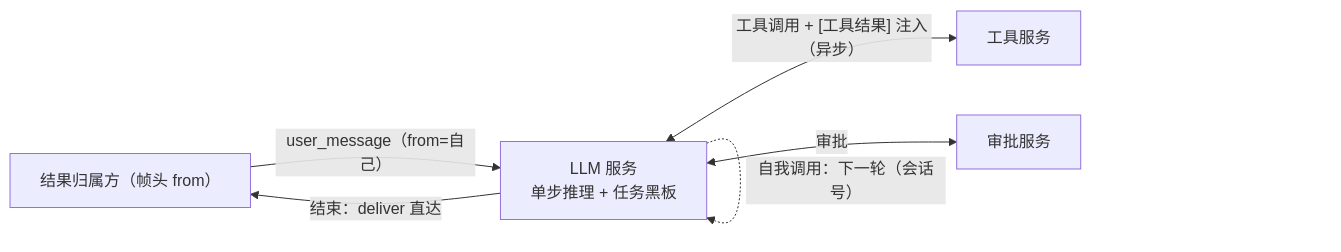
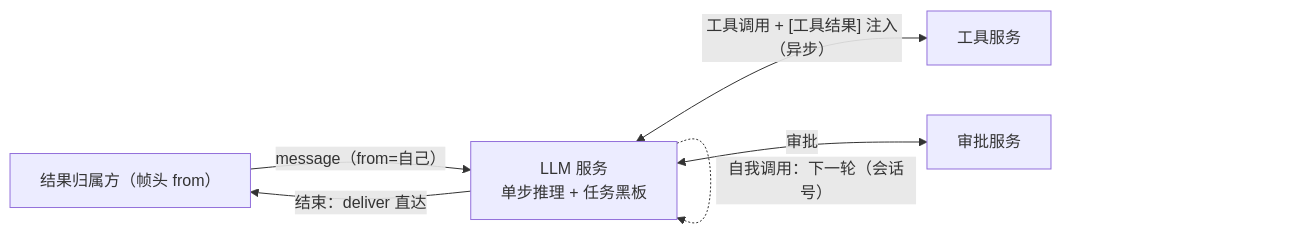
One commit to NouSart/sump changed the first of 2 diagrams in docs/concepts/architecture.md. Above: the diagram before and after it, drawn with Mermaid. The commit also changed other lines of this file and 7 other files, not shown here.

````diff
--- a/docs/concepts/architecture.md
+++ b/docs/concepts/architecture.md
@@ -77,8 +77,8 @@
 ```mermaid
 flowchart LR
-    B["结果归属方（帧头 from）"] -->|"user_message（from=自己）"| L["LLM 服务<br/>单步推理 + 任务黑板"]
+    B["结果归属方（帧头 from）"] -->|"message（from=自己）"| L["LLM 服务<br/>单步推理 + 任务黑板"]
     L <-->|"工具调用 + [工具结果] 注入（异步）"| T[工具服务]
     L <-->|审批| P[审批服务]
     L -.->|"自我调用：下一轮（会话号）"| L
     L -->|"结束：deliver 直达"| B
 ```
````
